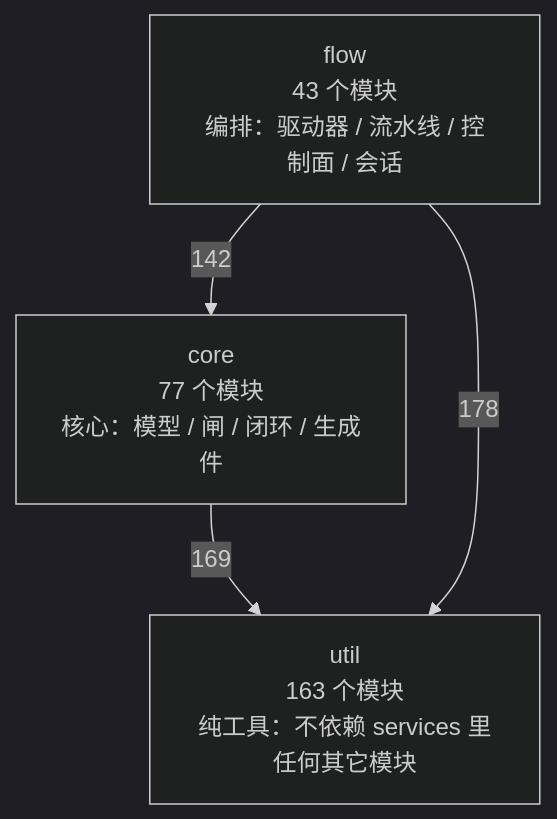
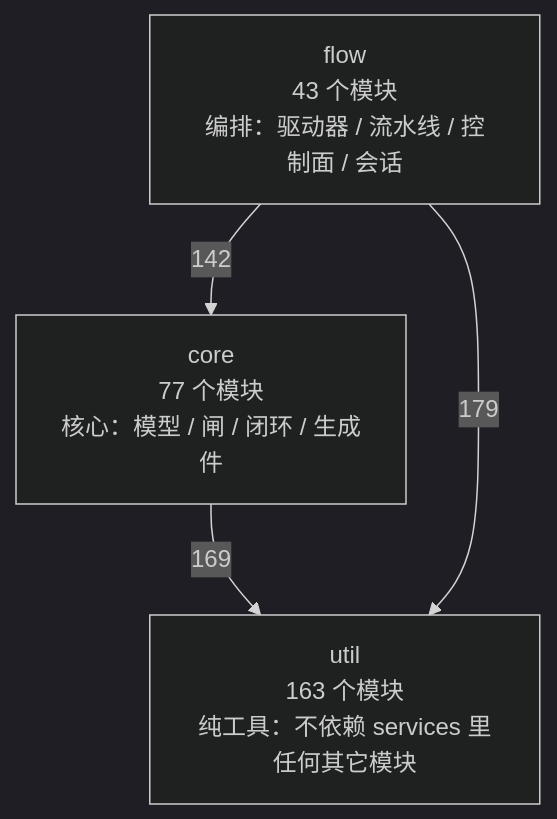
One commit to 2686521696/WhyBuddy changed the first of 4 diagrams in docs/SlideRule V6.2 架构图（自动生成）.md. Above: the diagram before and after it, drawn with Mermaid (dark theme). The commit also changed other lines of this file and 3 other files, not shown here.

````diff
--- a/docs/SlideRule V6.2 架构图（自动生成）.md
+++ b/docs/SlideRule V6.2 架构图（自动生成）.md
@@ -50,9 +50,9 @@
 ```mermaid
 flowchart TB
   util["util<br/>163 个模块<br/>纯工具：不依赖 services 里任何其它模块"]
   core["core<br/>77 个模块<br/>核心：模型 / 闸 / 闭环 / 生成件"]
   flow["flow<br/>43 个模块<br/>编排：驱动器 / 流水线 / 控制面 / 会话"]
   core -->|169| util
   flow -->|142| core
-  flow -->|178| util
+  flow -->|179| util
 ```
````
